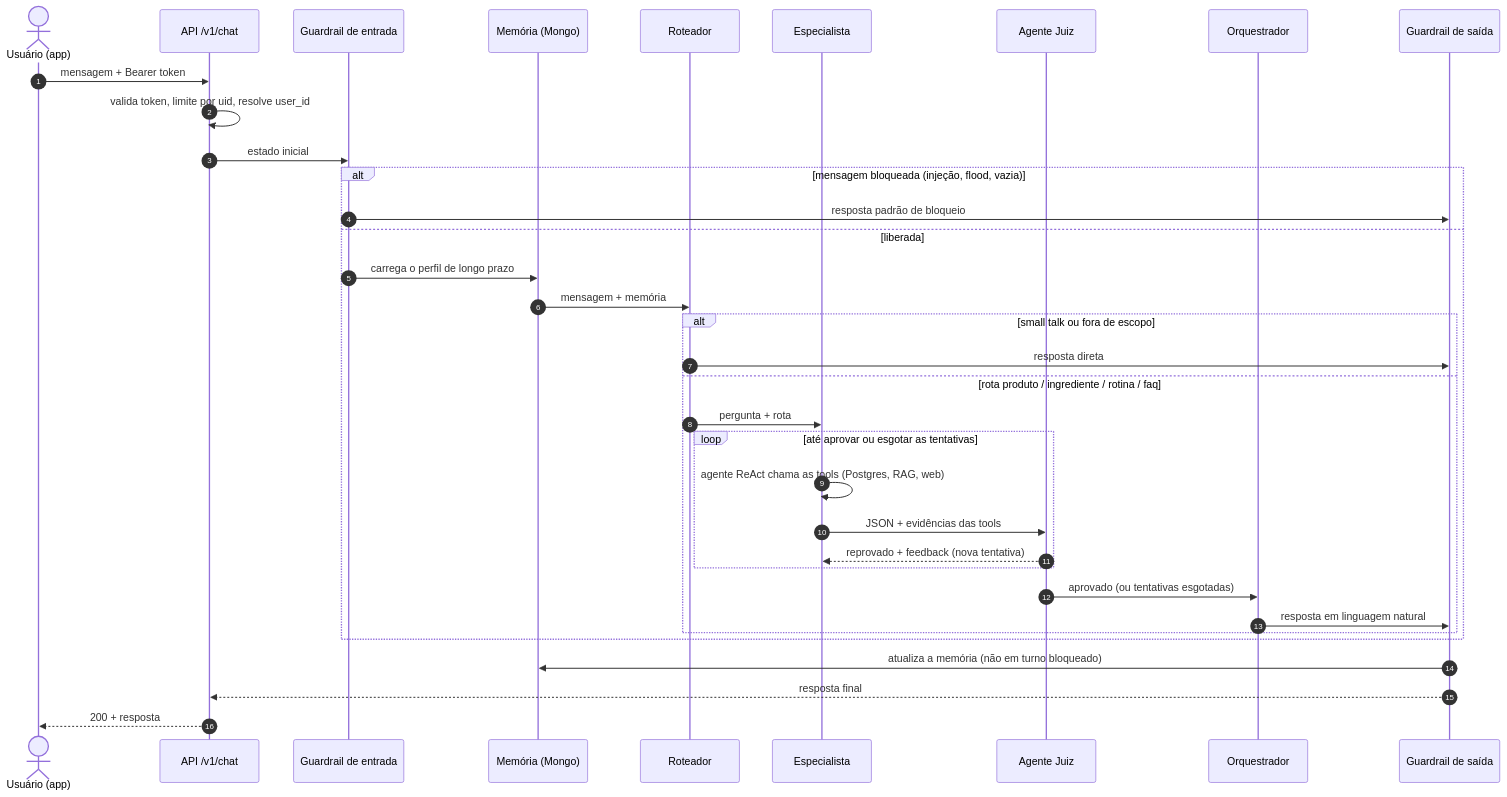
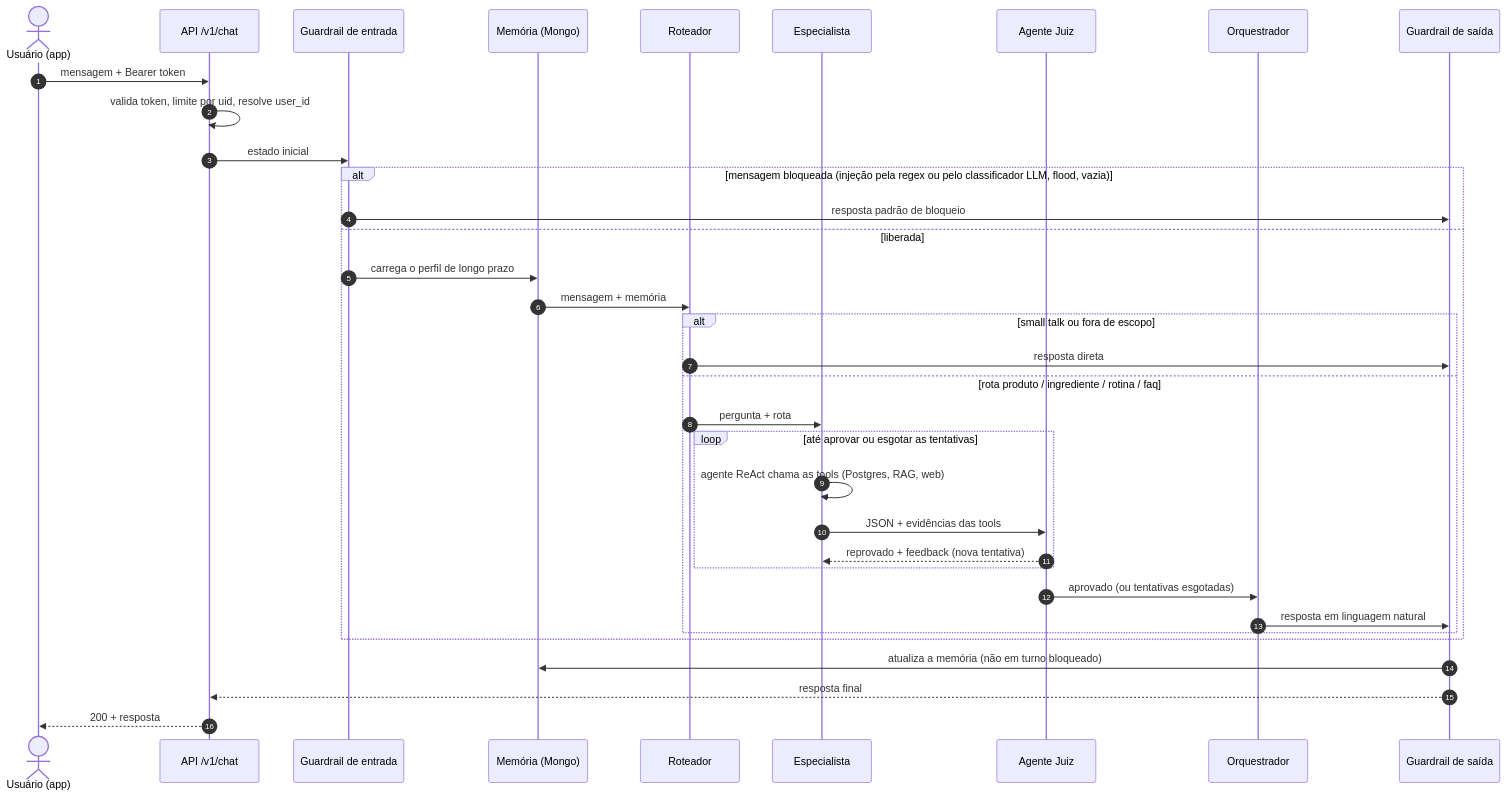
Before and after one commit to Venus-System/Venus-AI-api: the second of 2 diagrams in docs/arquitetura-sistema.md, drawn with Mermaid. The commit also changed other lines of this file and 6 other files, not shown here.

````diff
--- a/docs/arquitetura-sistema.md
+++ b/docs/arquitetura-sistema.md
@@ -83,38 +90,38 @@
 ```mermaid
 sequenceDiagram
     autonumber
     actor U as Usuário (app)
     participant API as API /v1/chat
     participant GE as Guardrail de entrada
     participant MEM as Memória (Mongo)
     participant ROT as Roteador
     participant ESP as Especialista
     participant J as Agente Juiz
     participant ORQ as Orquestrador
     participant GS as Guardrail de saída
 
     U->>API: mensagem + Bearer token
     API->>API: valida token, limite por uid, resolve user_id
     API->>GE: estado inicial
-    alt mensagem bloqueada (injeção, flood, vazia)
+    alt mensagem bloqueada (injeção pela regex ou pelo classificador LLM, flood, vazia)
         GE->>GS: resposta padrão de bloqueio
     else liberada
         GE->>MEM: carrega o perfil de longo prazo
         MEM->>ROT: mensagem + memória
         alt small talk ou fora de escopo
             ROT->>GS: resposta direta
         else rota produto / ingrediente / rotina / faq
             ROT->>ESP: pergunta + rota
             loop até aprovar ou esgotar as tentativas
                 ESP->>ESP: agente ReAct chama as tools (Postgres, RAG, web)
                 ESP->>J: JSON + evidências das tools
                 J-->>ESP: reprovado + feedback (nova tentativa)
             end
             J->>ORQ: aprovado (ou tentativas esgotadas)
             ORQ->>GS: resposta em linguagem natural
         end
     end
     GS->>MEM: atualiza a memória (não em turno bloqueado)
     GS-->>API: resposta final
     API-->>U: 200 + resposta
 ```
````
